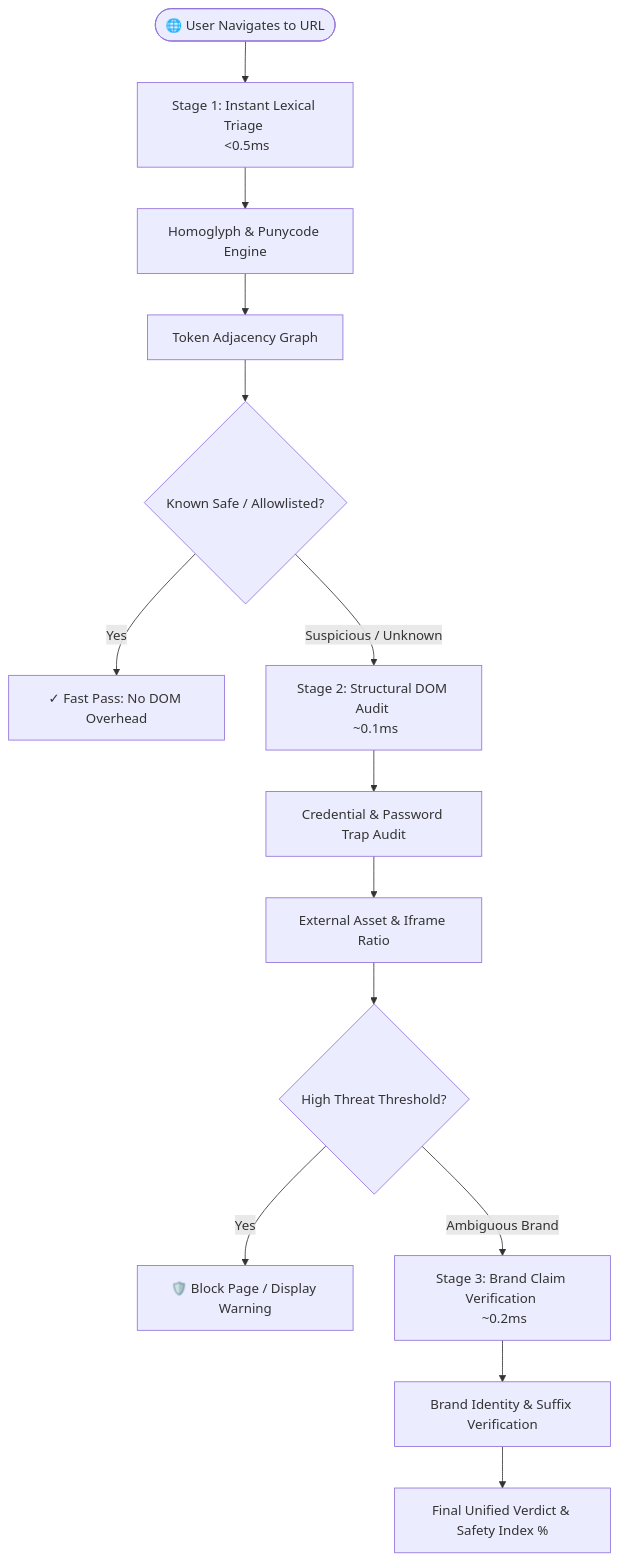
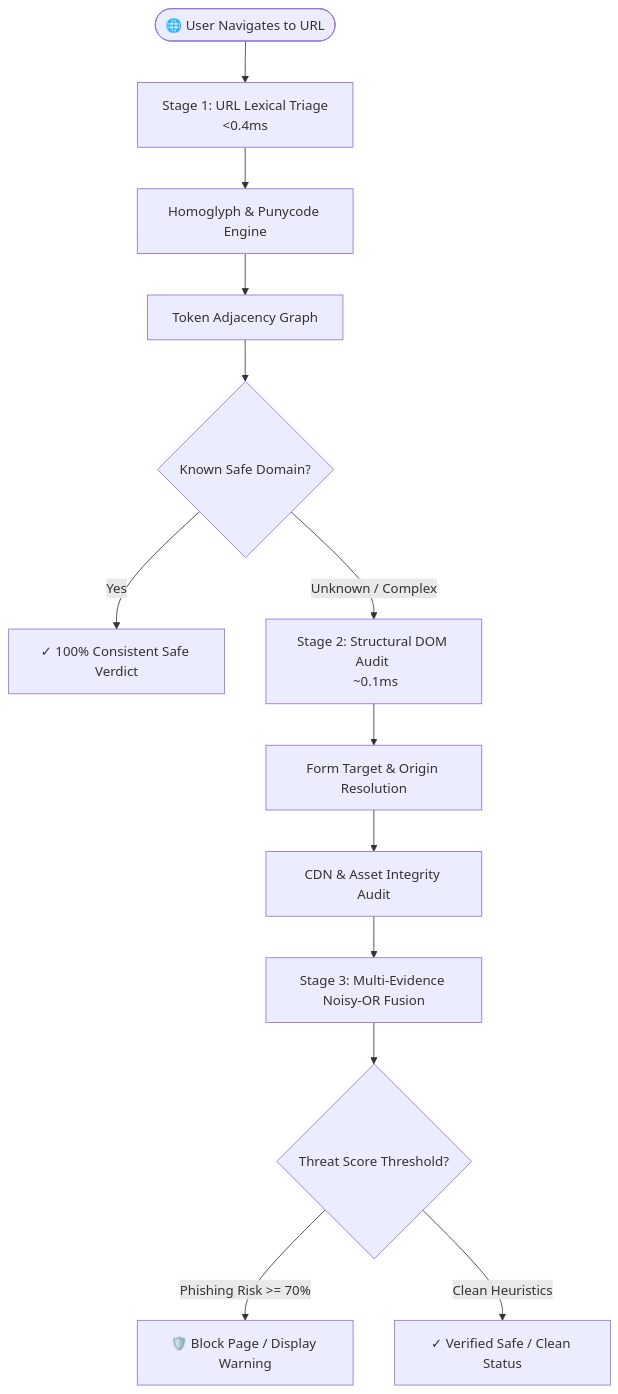
The diagram in README.md (Grey0009/phishguard), drawn with Mermaid before and after one commit. The commit also changed other lines of this file and 5 other files, not shown here.

Commit message:
fix(engine): resolve relative form actions, eliminate rating fluctuation, fix popup pipeline aesthetics, upgrade smart link HUD, and add Gmail phishing shield

````diff
--- a/README.md
+++ b/README.md
@@ -36,20 +116,18 @@
 ```mermaid
 flowchart TD
-    UserNav([🌐 User Navigates to URL]) --> PreClick[Stage 1: Instant Lexical Triage <br/> <0.5ms]
-    PreClick --> Homoglyph[Homoglyph & Punycode Engine]
+    UserNav([🌐 User Navigates to URL]) --> Stage1[Stage 1: URL Lexical Triage <br/> <0.4ms]
+    Stage1 --> Homoglyph[Homoglyph & Punycode Engine]
     Homoglyph --> Graph[Token Adjacency Graph]
     
-    Graph --> Decision1{Known Safe / Allowlisted?}
-    Decision1 -- Yes --> FastPass[✓ Fast Pass: No DOM Overhead]
-    Decision1 -- Suspicious / Unknown --> Stage2[Stage 2: Structural DOM Audit <br/> ~0.1ms]
+    Graph --> Decision1{Known Safe Domain?}
+    Decision1 -- Yes --> FastPass[✓ 100% Consistent Safe Verdict]
+    Decision1 -- Unknown / Complex --> Stage2[Stage 2: Structural DOM Audit <br/> ~0.1ms]
     
-    Stage2 --> Forms[Credential & Password Trap Audit]
-    Forms --> ResRatio[External Asset & Iframe Ratio]
-    ResRatio --> Decision2{High Threat Threshold?}
+    Stage2 --> Forms[Form Target & Origin Resolution]
+    Forms --> ResRatio[CDN & Asset Integrity Audit]
+    ResRatio --> Fusion[Stage 3: Multi-Evidence Noisy-OR Fusion]
     
-    Decision2 -- Yes --> Defend[🛡️ Block Page / Display Warning]
-    Decision2 -- Ambiguous Brand --> Stage3[Stage 3: Brand Claim Verification <br/> ~0.2ms]
-    
-    Stage3 --> VisualMatch[Brand Identity & Suffix Verification]
-    VisualMatch --> Verdict[Final Unified Verdict & Safety Index %]
+    Fusion --> Decision2{Threat Score Threshold?}
+    Decision2 -- Phishing Risk >= 70% --> Defend[🛡️ Block Page / Display Warning]
+    Decision2 -- Clean Heuristics --> StableSafe[✓ Verified Safe / Clean Status]
 ```
````
